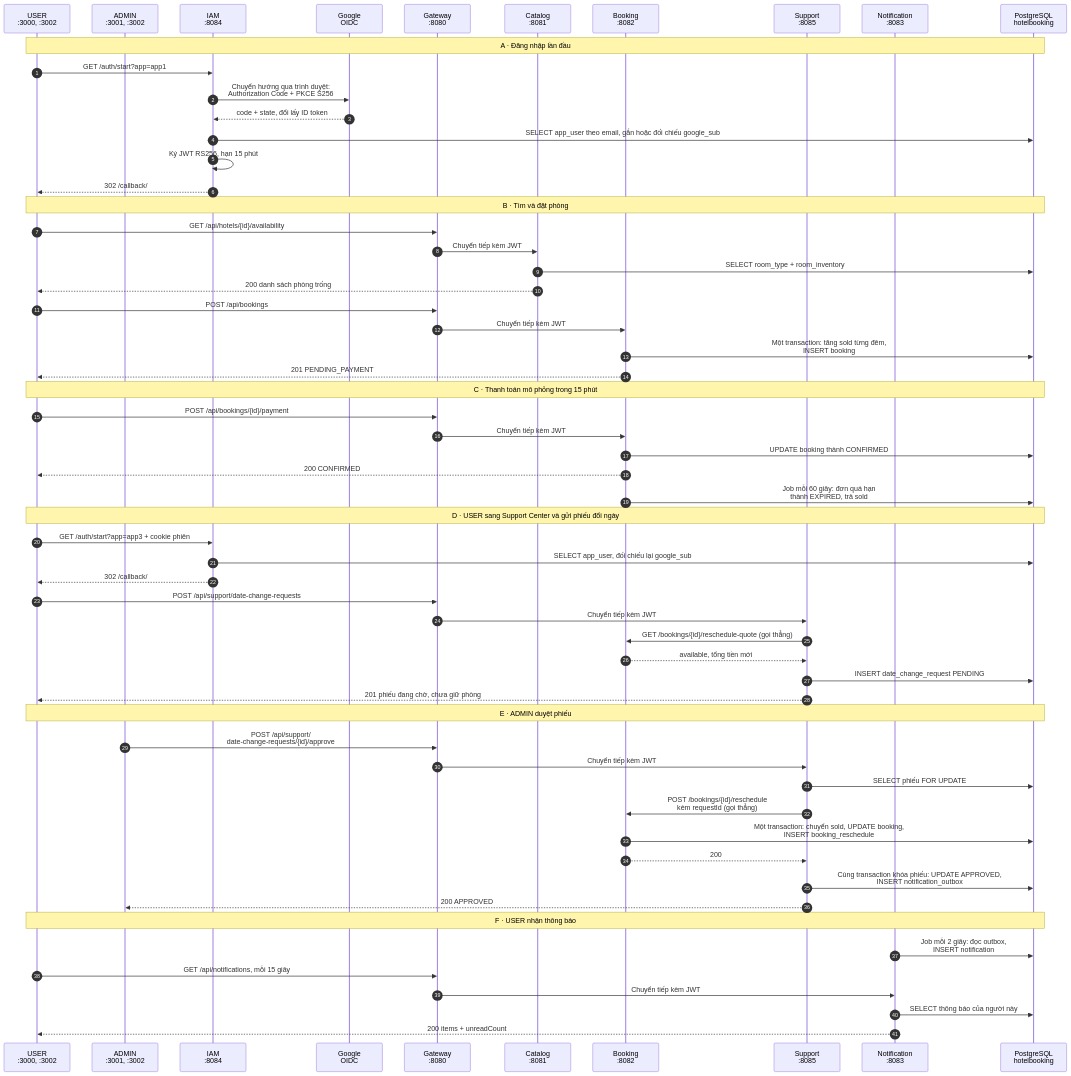
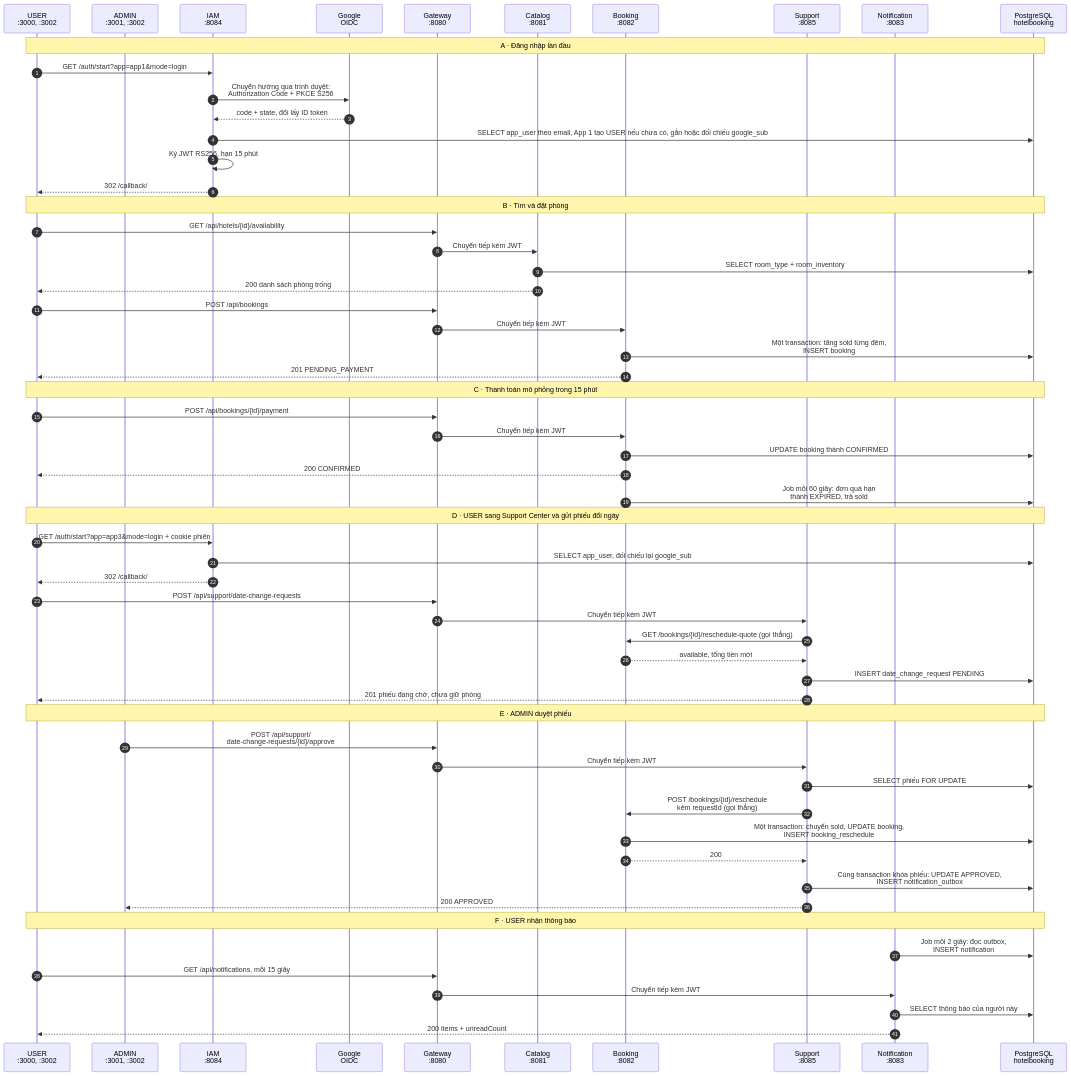
Before and after one commit to oabga/HotelBookingSystem: the first of 10 diagrams in backend/docs/stayhub-sequence-diagrams.md, drawn with Mermaid. The commit also changed other lines of this file and 21 other files, not shown here.

````diff
--- a/backend/docs/stayhub-sequence-diagrams.md
+++ b/backend/docs/stayhub-sequence-diagrams.md
@@ -11,61 +11,61 @@
 ```mermaid
 sequenceDiagram
     autonumber
     participant U as USER<br/>:3000, :3002
     participant A as ADMIN<br/>:3001, :3002
     participant I as IAM<br/>:8084
     participant G as Google<br/>OIDC
     participant W as Gateway<br/>:8080
     participant C as Catalog<br/>:8081
     participant B as Booking<br/>:8082
     participant S as Support<br/>:8085
     participant N as Notification<br/>:8083
     participant D as PostgreSQL<br/>hotelbooking
     Note over U,D: A · Đăng nhập lần đầu
-    U->>I: GET /auth/start?app=app1
+    U->>I: GET /auth/start?app=app1&mode=login
     I->>G: Chuyển hướng qua trình duyệt:<br/>Authorization Code + PKCE S256
     G-->>I: code + state, đổi lấy ID token
-    I->>D: SELECT app_user theo email, gắn hoặc đối chiếu google_sub
+    I->>D: SELECT app_user theo email, App 1 tạo USER nếu chưa có, gắn hoặc đối chiếu google_sub
     I->>I: Ký JWT RS256, hạn 15 phút
     I-->>U: 302 /callback/#token=JWT
     Note over U,D: B · Tìm và đặt phòng
     U->>W: GET /api/hotels/{id}/availability
     W->>C: Chuyển tiếp kèm JWT
     C->>D: SELECT room_type + room_inventory
     C-->>U: 200 danh sách phòng trống
     U->>W: POST /api/bookings
     W->>B: Chuyển tiếp kèm JWT
     B->>D: Một transaction: tăng sold từng đêm,<br/>INSERT booking
     B-->>U: 201 PENDING_PAYMENT
     Note over U,D: C · Thanh toán mô phỏng trong 15 phút
     U->>W: POST /api/bookings/{id}/payment
     W->>B: Chuyển tiếp kèm JWT
     B->>D: UPDATE booking thành CONFIRMED
     B-->>U: 200 CONFIRMED
     B->>D: Job mỗi 60 giây: đơn quá hạn<br/>thành EXPIRED, trả sold
     Note over U,D: D · USER sang Support Center và gửi phiếu đổi ngày
-    U->>I: GET /auth/start?app=app3 + cookie phiên
+    U->>I: GET /auth/start?app=app3&mode=login + cookie phiên
     I->>D: SELECT app_user, đối chiếu lại google_sub
     I-->>U: 302 /callback/#token=JWT mới, không qua Google
     U->>W: POST /api/support/date-change-requests
     W->>S: Chuyển tiếp kèm JWT
     S->>B: GET /bookings/{id}/reschedule-quote (gọi thẳng)
     B-->>S: available, tổng tiền mới
     S->>D: INSERT date_change_request PENDING
     S-->>U: 201 phiếu đang chờ, chưa giữ phòng
     Note over U,D: E · ADMIN duyệt phiếu
     A->>W: POST /api/support/<br/>date-change-requests/{id}/approve
     W->>S: Chuyển tiếp kèm JWT
     S->>D: SELECT phiếu FOR UPDATE
     S->>B: POST /bookings/{id}/reschedule<br/>kèm requestId (gọi thẳng)
     B->>D: Một transaction: chuyển sold, UPDATE booking,<br/>INSERT booking_reschedule
     B-->>S: 200
     S->>D: Cùng transaction khóa phiếu: UPDATE APPROVED,<br/>INSERT notification_outbox
     S-->>A: 200 APPROVED
     Note over U,D: F · USER nhận thông báo
     N->>D: Job mỗi 2 giây: đọc outbox,<br/>INSERT notification
     U->>W: GET /api/notifications, mỗi 15 giây
     W->>N: Chuyển tiếp kèm JWT
     N->>D: SELECT thông báo của người này
     N-->>U: 200 items + unreadCount
 ```
````
